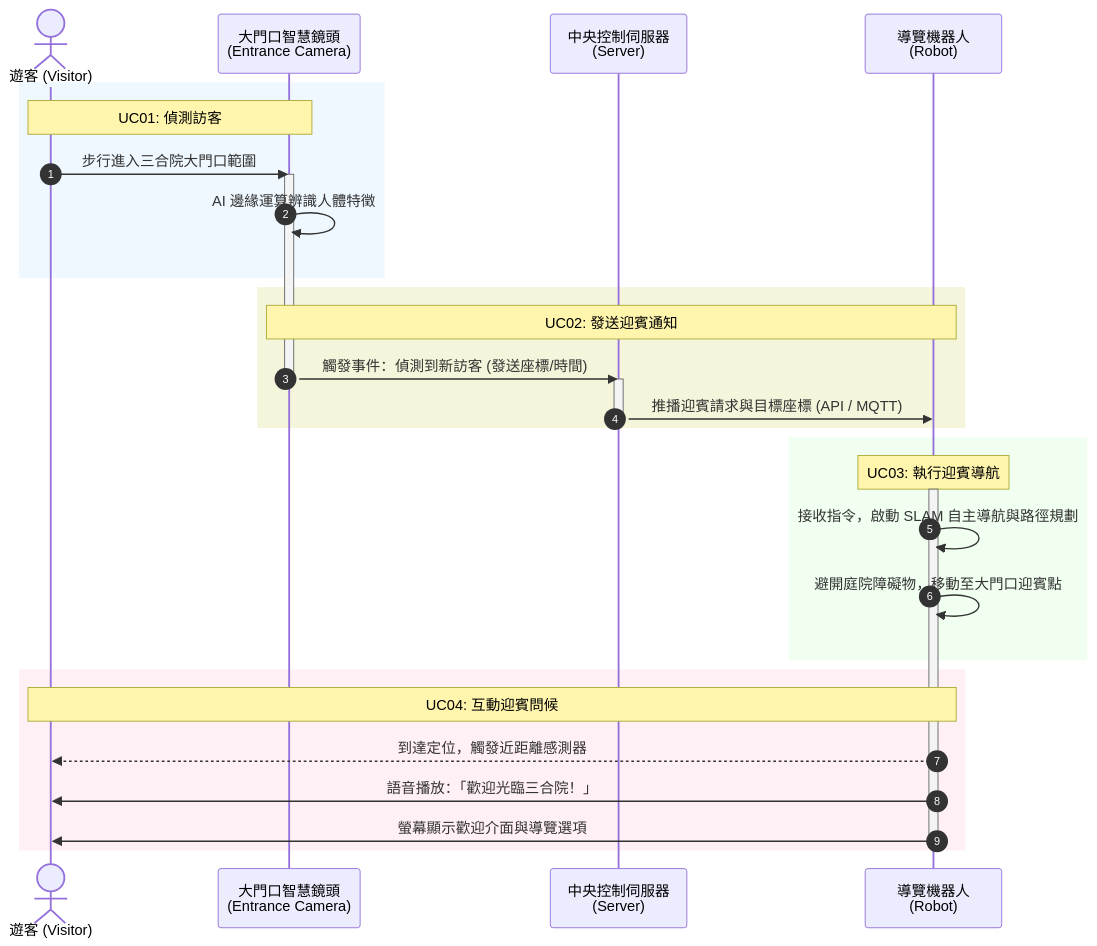
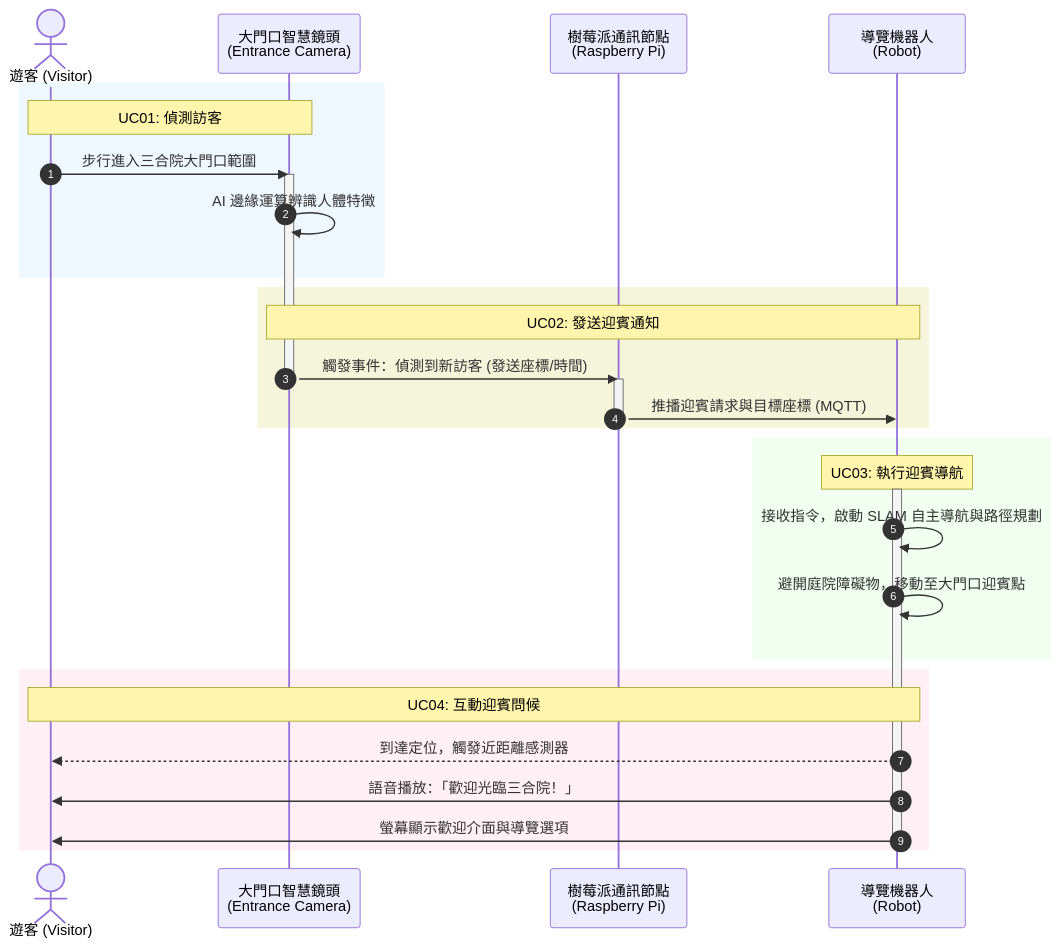
Before and after one commit to jims100008-lang/mobile-multimedia-guide: the diagram in UC01-UC04 (Use Case Specifications).md, drawn with Mermaid. The commit also changed other lines of this file and 11 other files, not shown here.

Commit message:
docs: replace field server with Raspberry Pi gateway

````diff
--- a/UC01-UC04 (Use Case Specifications).md
+++ b/UC01-UC04 (Use Case Specifications).md
@@ -13,43 +13,43 @@
 ```mermaid
 sequenceDiagram
     autonumber
     actor Visitor as 遊客 (Visitor)
     participant Cam as 大門口智慧鏡頭<br/>(Entrance Camera)
-    participant Server as 中央控制伺服器<br/>(Server)
+    participant Pi as 樹莓派通訊節點<br/>(Raspberry Pi)
     participant Robot as 導覽機器人<br/>(Robot)
 
     %% UC01: 偵測訪客
     rect rgb(240, 248, 255)
         note over Visitor, Cam: UC01: 偵測訪客
         Visitor->>Cam: 步行進入三合院大門口範圍
         activate Cam
         Cam->>Cam: AI 邊緣運算辨識人體特徵
     end
 
     %% UC02: 發送迎賓通知
     rect rgb(245, 245, 220)
         note over Cam, Robot: UC02: 發送迎賓通知
-        Cam->>Server: 觸發事件：偵測到新訪客 (發送座標/時間)
+        Cam->>Pi: 觸發事件：偵測到新訪客 (發送座標/時間)
         deactivate Cam
-        activate Server
-        Server->>Robot: 推播迎賓請求與目標座標 (API / MQTT)
-        deactivate Server
+        activate Pi
+        Pi->>Robot: 推播迎賓請求與目標座標 (MQTT)
+        deactivate Pi
     end
 
     %% UC03: 執行迎賓導航
     rect rgb(240, 255, 240)
         note over Robot: UC03: 執行迎賓導航
         activate Robot
         Robot->>Robot: 接收指令，啟動 SLAM 自主導航與路徑規劃
         Robot->>Robot: 避開庭院障礙物，移動至大門口迎賓點
     end
 
     %% UC04: 互動迎賓問候
     rect rgb(255, 240, 245)
         note over Visitor, Robot: UC04: 互動迎賓問候
         Robot-->>Visitor: 到達定位，觸發近距離感測器
         Robot->>Visitor: 語音播放：「歡迎光臨三合院！」
         Robot->>Visitor: 螢幕顯示歡迎介面與導覽選項
         deactivate Robot
     end
 ```
````
